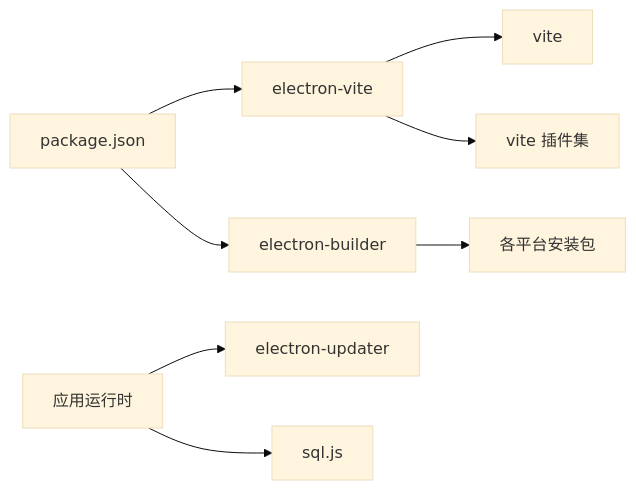
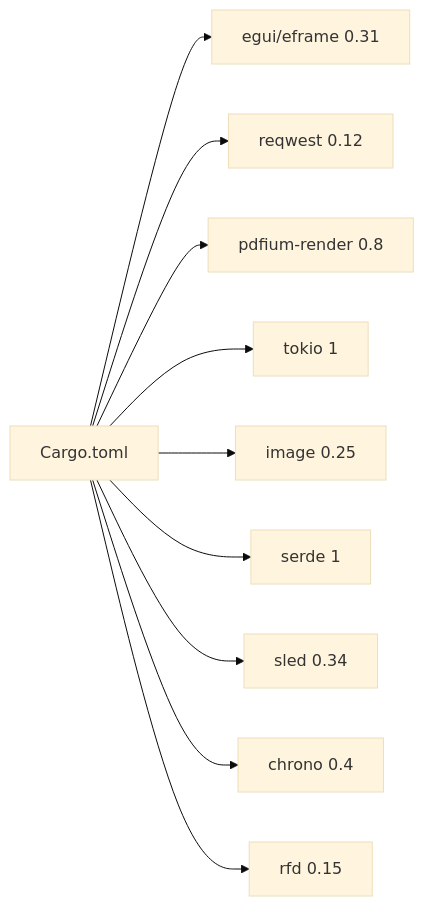
One commit to PezMax/PezMax-One changed the third of 3 diagrams in repowiki/zh/content/桌面应用开发/构建与部署.md. Above: the diagram before and after it, drawn with Mermaid (base theme). The commit also changed other lines of this file and 12 other files, not shown here.

````diff
--- a/repowiki/zh/content/桌面应用开发/构建与部署.md
+++ b/repowiki/zh/content/桌面应用开发/构建与部署.md
@@ -277,10 +185,12 @@
 ```mermaid
 graph LR
-Pkg["package.json"] --> EVite["electron-vite"]
-Pkg --> EB["electron-builder"]
-EVite --> Vite["vite"]
-EVite --> Plugins["vite 插件集"]
-EB --> Artifacts["各平台安装包"]
-App["应用运行时"] --> Updater["electron-updater"]
-App --> SQL["sql.js"]
+Cargo["Cargo.toml"] --> Egui["egui/eframe 0.31"]
+Cargo --> Reqwest["reqwest 0.12"]
+Cargo --> Pdfium["pdfium-render 0.8"]
+Cargo --> Tokio["tokio 1"]
+Cargo --> Image["image 0.25"]
+Cargo --> Serde["serde 1"]
+Cargo --> Sled["sled 0.34"]
+Cargo --> Chrono["chrono 0.4"]
+Cargo --> Rfd["rfd 0.15"]
 ```
````
